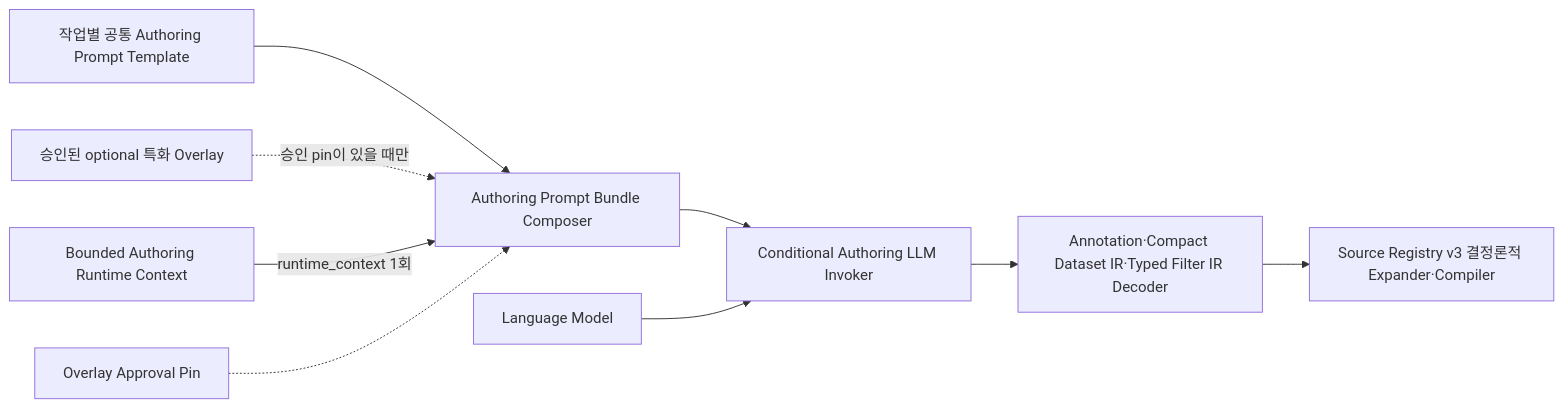
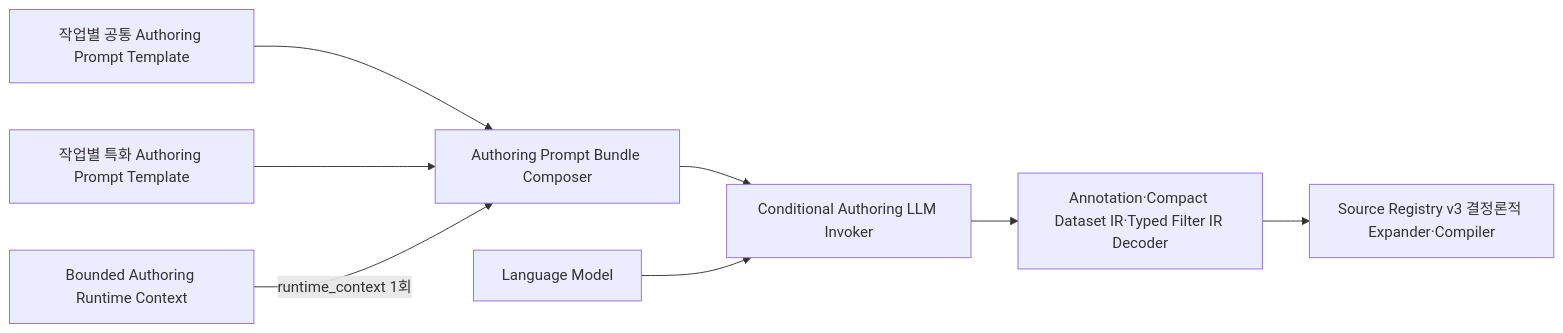
One commit to bongG-moon/metadata_driven_v6 changed the second of 2 diagrams in harness/contracts/PROMPTS.md. Above: the diagram before and after it, drawn with Mermaid. The commit also changed other lines of this file and 104 other files, not shown here.

Commit message:
Simplify v6 flows and metadata persistence

````diff
--- a/harness/contracts/PROMPTS.md
+++ b/harness/contracts/PROMPTS.md
@@ -71,11 +68,10 @@
 ```mermaid
 flowchart LR
     C["작업별 공통 Authoring Prompt Template"] --> P["Authoring Prompt Bundle Composer"]
-    S["승인된 optional 특화 Overlay"] -. "승인 pin이 있을 때만" .-> P
+    S["작업별 특화 Authoring Prompt Template"] --> P
     V["Bounded Authoring Runtime Context"] -->|"runtime_context 1회"| P
-    A["Overlay Approval Pin"] -.-> P
     P --> G["Conditional Authoring LLM Invoker"]
     M["Language Model"] --> G
     G --> X["Annotation·Compact Dataset IR·Typed Filter IR Decoder"]
     X --> E["Source Registry v3 결정론적 Expander·Compiler"]
 ```
````
